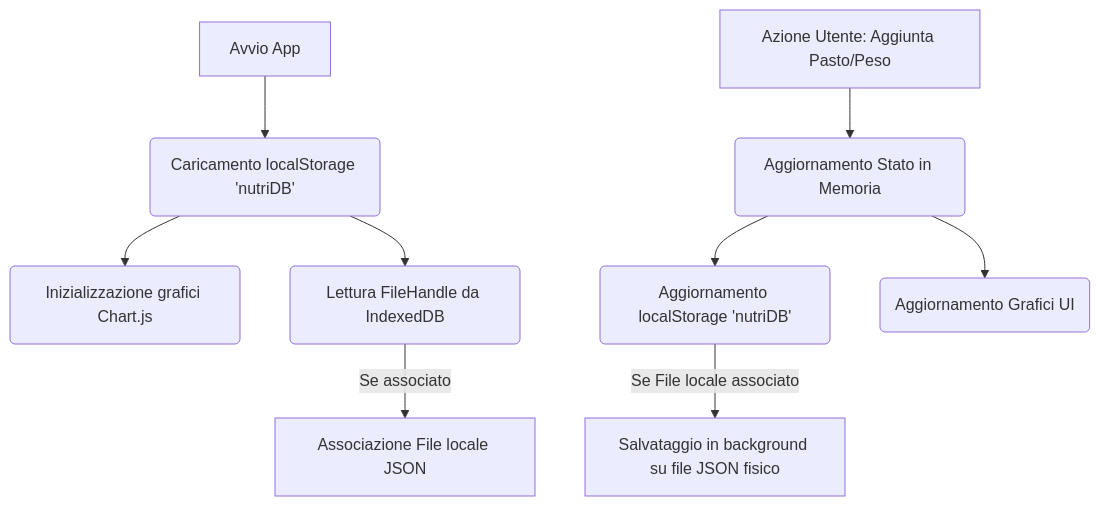
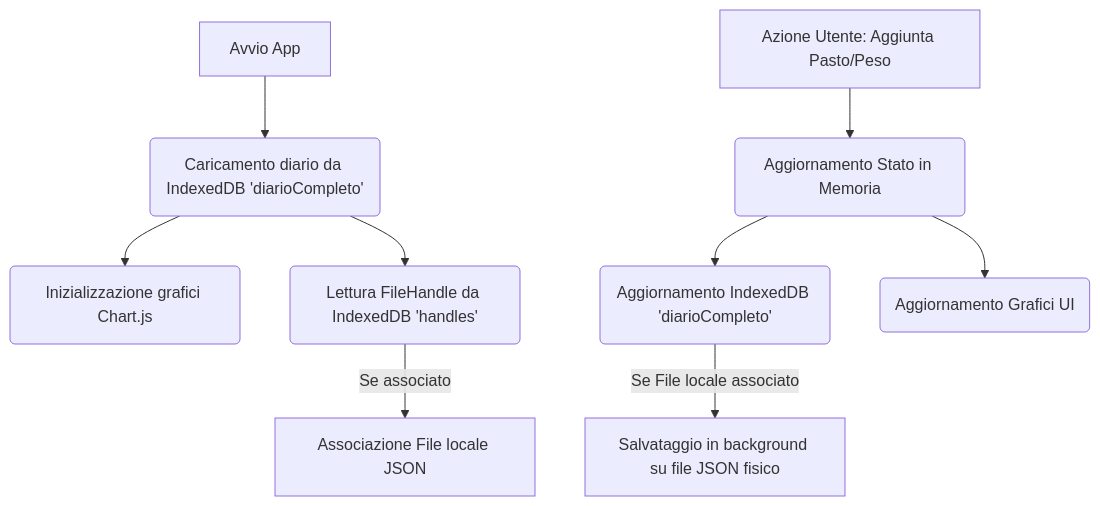
The diagram in README.md (fabiof-ff/ai_fit), drawn with Mermaid before and after one commit. The commit also changed other lines of this file, not shown here.

Commit message:
docs: update README to reflect migration from localStorage to IndexedDB for storage of historical food diary data

````diff
--- a/README.md
+++ b/README.md
@@ -90,12 +90,12 @@
 ```mermaid
 graph TD
-    A[Avvio App] --> B(Caricamento localStorage 'nutriDB')
+    A[Avvio App] --> B(Caricamento diario da IndexedDB 'diarioCompleto')
     B --> C(Inizializzazione grafici Chart.js)
-    B --> D(Lettura FileHandle da IndexedDB)
+    B --> D(Lettura FileHandle da IndexedDB 'handles')
     D -->|Se associato| E[Associazione File locale JSON]
     
     F[Azione Utente: Aggiunta Pasto/Peso] --> G(Aggiornamento Stato in Memoria)
-    G --> H(Aggiornamento localStorage 'nutriDB')
+    G --> H(Aggiornamento IndexedDB 'diarioCompleto')
     G --> I(Aggiornamento Grafici UI)
     H -->|Se File locale associato| J[Salvataggio in background su file JSON fisico]
 ```
````
